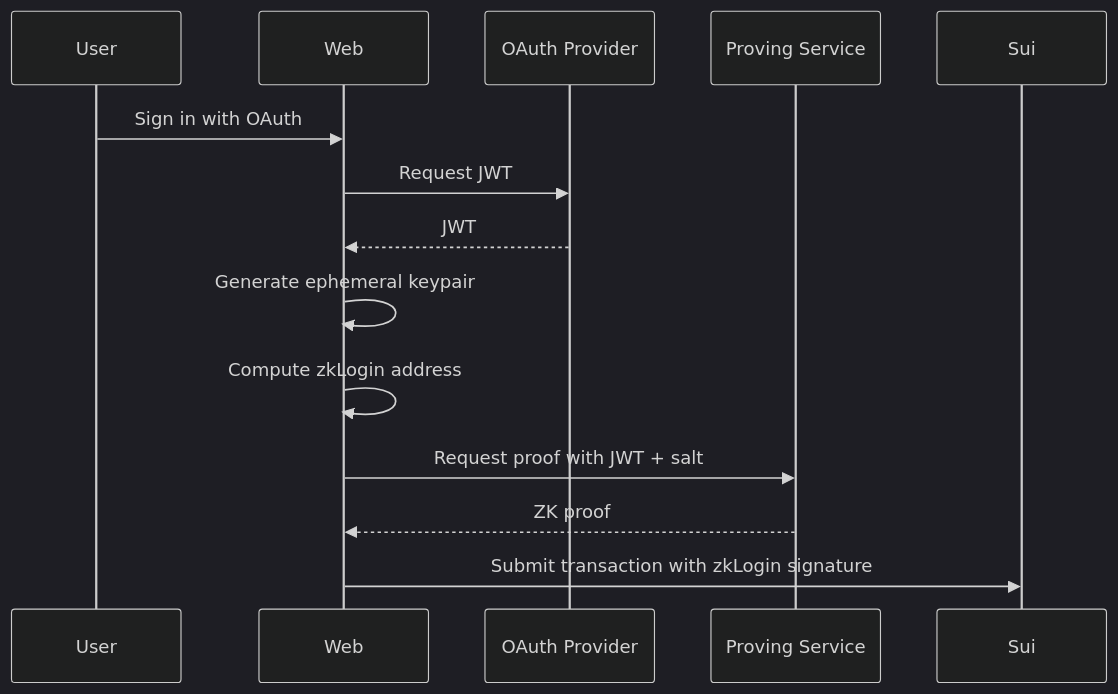
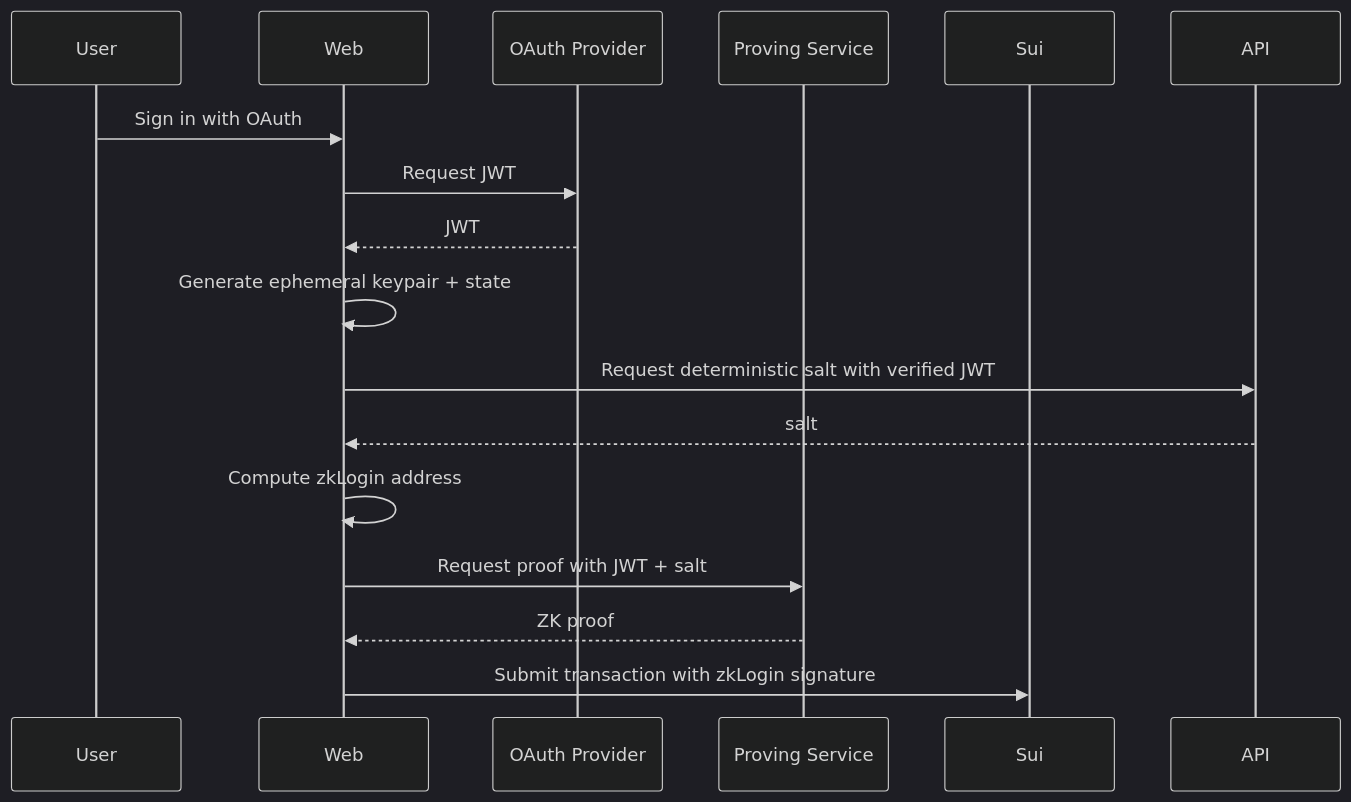
Before and after one commit to Euraxluo/research-network: the second of 2 diagrams in docs/04-github-zklogin-auth.md, drawn with Mermaid (dark theme). The commit also changed other lines of this file and 92 other files, not shown here.

````diff
--- a/docs/04-github-zklogin-auth.md
+++ b/docs/04-github-zklogin-auth.md
@@ -96,17 +112,19 @@
 ```mermaid
 sequenceDiagram
     participant U as User
     participant Web as Web
     participant OIDC as OAuth Provider
     participant ZK as Proving Service
     participant Sui as Sui
 
     U->>Web: Sign in with OAuth
     Web->>OIDC: Request JWT
     OIDC-->>Web: JWT
-    Web->>Web: Generate ephemeral keypair
+    Web->>Web: Generate ephemeral keypair + state
+    Web->>API: Request deterministic salt with verified JWT
+    API-->>Web: salt
     Web->>Web: Compute zkLogin address
     Web->>ZK: Request proof with JWT + salt
     ZK-->>Web: ZK proof
     Web->>Sui: Submit transaction with zkLogin signature
 ```
````
